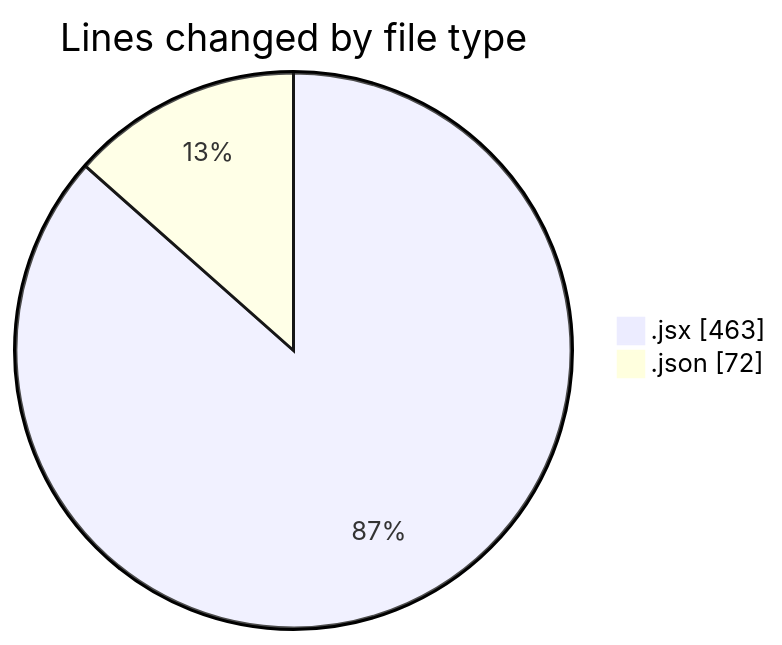
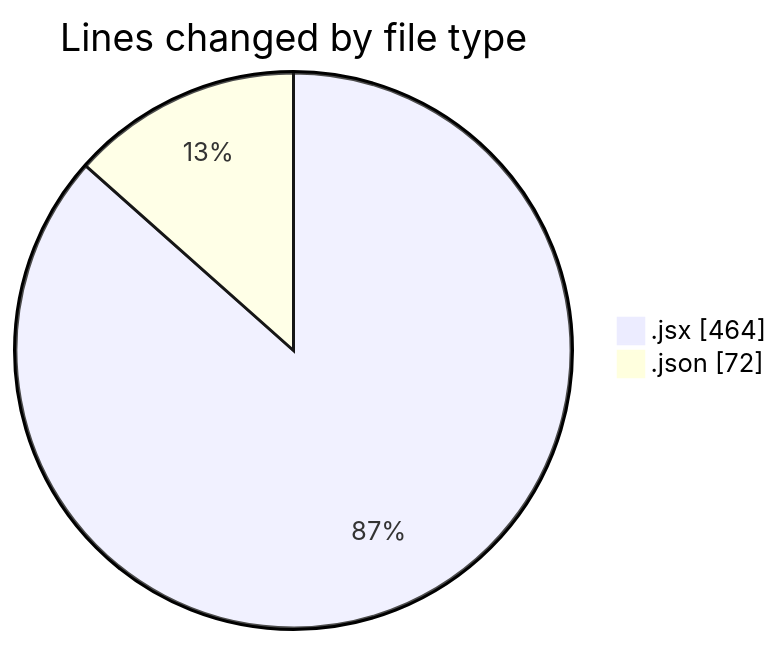
Before and after one commit to momahboobian/code-tracking: the first of 2 diagrams in 2026-03-19/commonwealth-front-end-task/README.md, drawn with Mermaid. The commit also changed other lines of this file and 1 other file, not shown here.

````diff
--- a/2026-03-19/commonwealth-front-end-task/README.md
+++ b/2026-03-19/commonwealth-front-end-task/README.md
@@ -23,6 +23,6 @@
 ```mermaid
 pie showData
 title Lines changed by file type
-".jsx" : 463
+".jsx" : 464
 ".json" : 72
 ```
````
